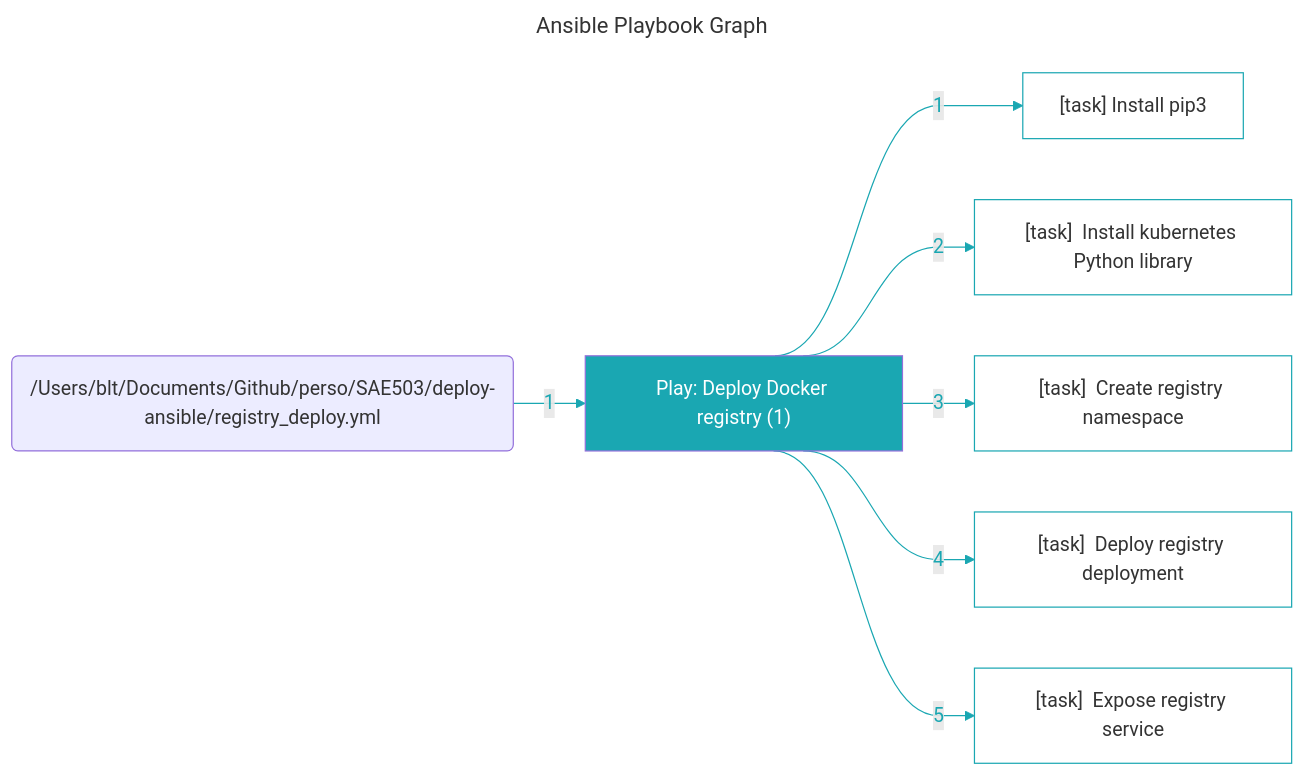
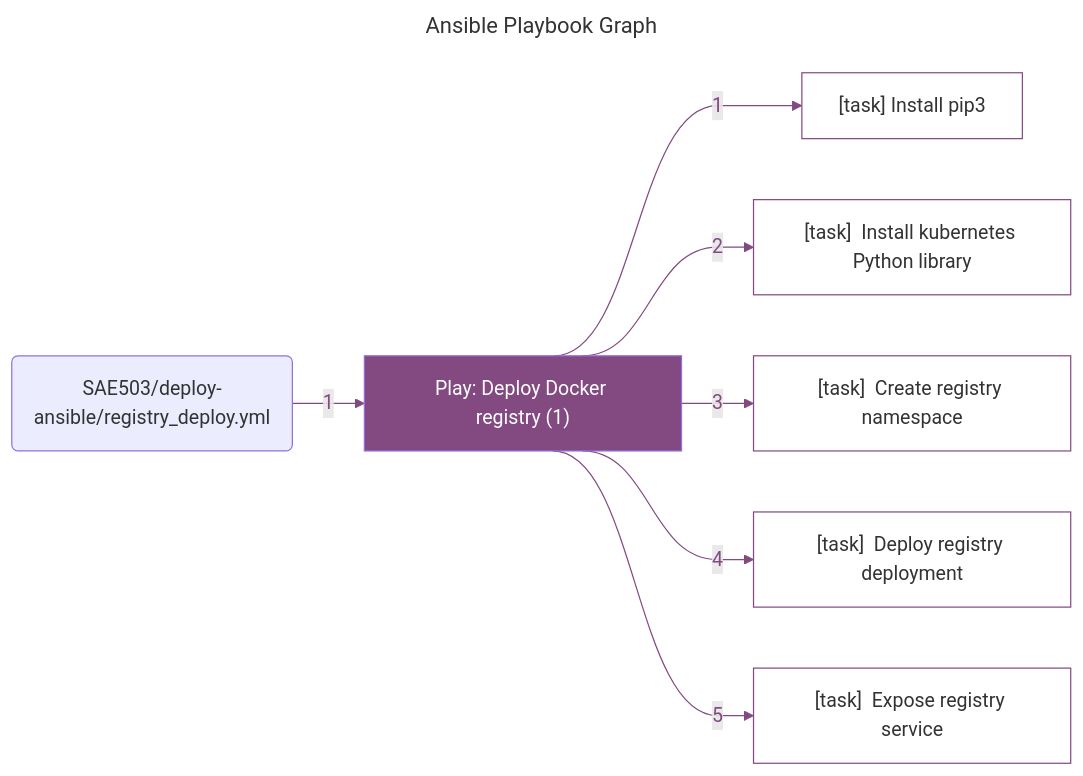
The diagram in graphs/registry_deploy.md (basilelt/SAE503), drawn with Mermaid before and after one commit. The commit also changed 3 other files, not shown here.

Commit message:
Update playbook graphs to remove hardcoded paths and enhance styling for better clarity

````diff
--- a/graphs/registry_deploy.md
+++ b/graphs/registry_deploy.md
@@ -1,37 +1,37 @@
 ```mermaid
 ---
 title: Ansible Playbook Graph
 ---
 %%{ init: { "flowchart": { "curve": "bumpX" } } }%%
 flowchart LR
-	%% Start of the playbook '/Users/blt/Documents/Github/perso/SAE503/deploy-ansible/registry_deploy.yml'
-	playbook_2c8462c5("/Users/blt/Documents/Github/perso/SAE503/deploy-ansible/registry_deploy.yml")
+	%% Start of the playbook 'SAE503/deploy-ansible/registry_deploy.yml'
+	playbook_0c2838e9("SAE503/deploy-ansible/registry_deploy.yml")
 		%% Start of the play 'Play: Deploy Docker registry (1)'
-		play_d0f6f590["Play: Deploy Docker registry (1)"]
-		style play_d0f6f590 fill:#1aa7b2,color:#ffffff
-		playbook_2c8462c5 --> |"1"| play_d0f6f590
-		linkStyle 0 stroke:#1aa7b2,color:#1aa7b2
-			task_e463739f["[task]  Install pip3"]
-			style task_e463739f stroke:#1aa7b2,fill:#ffffff
-			play_d0f6f590 --> |"1"| task_e463739f
-			linkStyle 1 stroke:#1aa7b2,color:#1aa7b2
-			task_9f2988d9["[task]  Install kubernetes Python library"]
-			style task_9f2988d9 stroke:#1aa7b2,fill:#ffffff
-			play_d0f6f590 --> |"2"| task_9f2988d9
-			linkStyle 2 stroke:#1aa7b2,color:#1aa7b2
-			task_735626ba["[task]  Create registry namespace"]
-			style task_735626ba stroke:#1aa7b2,fill:#ffffff
-			play_d0f6f590 --> |"3"| task_735626ba
-			linkStyle 3 stroke:#1aa7b2,color:#1aa7b2
-			task_87206e14["[task]  Deploy registry deployment"]
-			style task_87206e14 stroke:#1aa7b2,fill:#ffffff
-			play_d0f6f590 --> |"4"| task_87206e14
-			linkStyle 4 stroke:#1aa7b2,color:#1aa7b2
-			task_f46ac2b1["[task]  Expose registry service"]
-			style task_f46ac2b1 stroke:#1aa7b2,fill:#ffffff
-			play_d0f6f590 --> |"5"| task_f46ac2b1
-			linkStyle 5 stroke:#1aa7b2,color:#1aa7b2
+		play_4db51175["Play: Deploy Docker registry (1)"]
+		style play_4db51175 fill:#824a81,color:#ffffff
+		playbook_0c2838e9 --> |"1"| play_4db51175
+		linkStyle 0 stroke:#824a81,color:#824a81
+			task_971f9dba["[task]  Install pip3"]
+			style task_971f9dba stroke:#824a81,fill:#ffffff
+			play_4db51175 --> |"1"| task_971f9dba
+			linkStyle 1 stroke:#824a81,color:#824a81
+			task_8d1022cb["[task]  Install kubernetes Python library"]
+			style task_8d1022cb stroke:#824a81,fill:#ffffff
+			play_4db51175 --> |"2"| task_8d1022cb
+			linkStyle 2 stroke:#824a81,color:#824a81
+			task_578190dd["[task]  Create registry namespace"]
+			style task_578190dd stroke:#824a81,fill:#ffffff
+			play_4db51175 --> |"3"| task_578190dd
+			linkStyle 3 stroke:#824a81,color:#824a81
+			task_2ce6d170["[task]  Deploy registry deployment"]
+			style task_2ce6d170 stroke:#824a81,fill:#ffffff
+			play_4db51175 --> |"4"| task_2ce6d170
+			linkStyle 4 stroke:#824a81,color:#824a81
+			task_f0a6db4e["[task]  Expose registry service"]
+			style task_f0a6db4e stroke:#824a81,fill:#ffffff
+			play_4db51175 --> |"5"| task_f0a6db4e
+			linkStyle 5 stroke:#824a81,color:#824a81
 		%% End of the play 'Play: Deploy Docker registry (1)'
-	%% End of the playbook '/Users/blt/Documents/Github/perso/SAE503/deploy-ansible/registry_deploy.yml'
+	%% End of the playbook 'SAE503/deploy-ansible/registry_deploy.yml'
 
 ```
````
